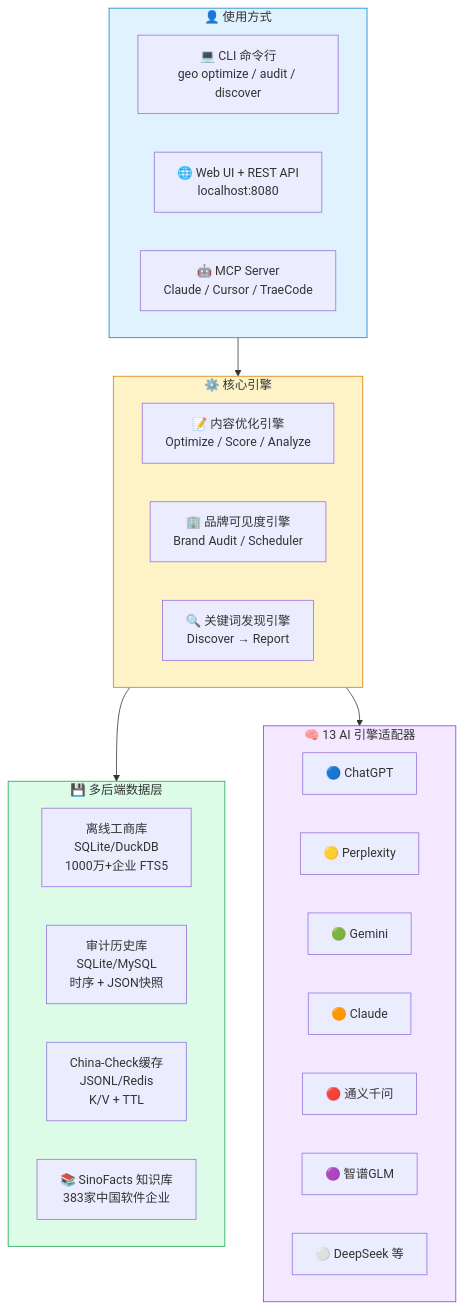
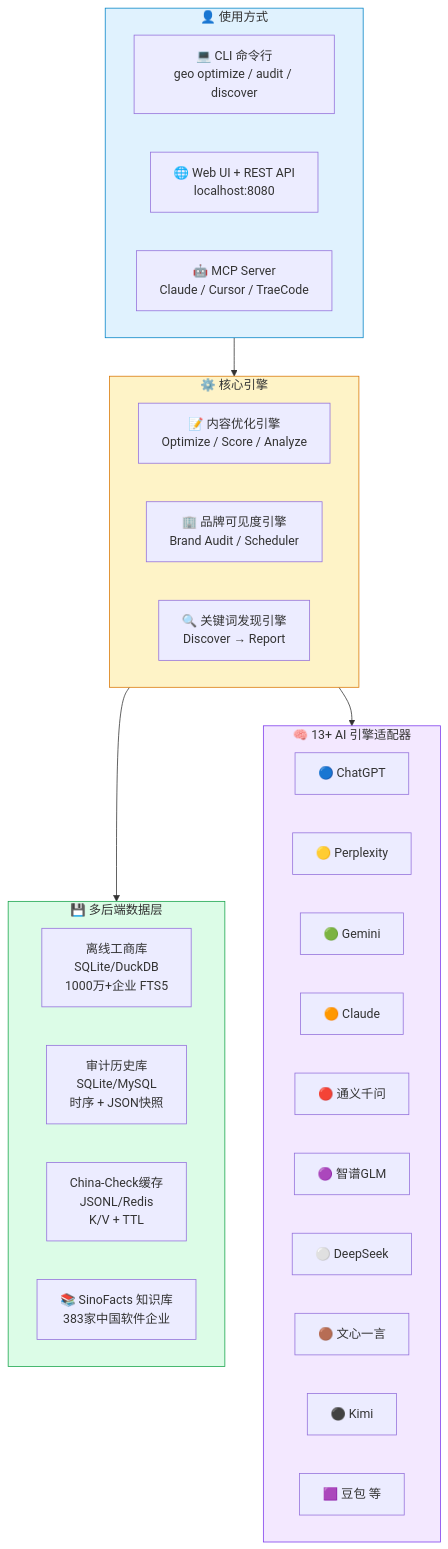
One commit to deep2code/geo changed the second of 14 diagrams in README.md. Above: the diagram before and after it, drawn with Mermaid. The commit also changed other lines of this file and 29 other files, not shown here.

````diff
--- a/README.md
+++ b/README.md
@@ -40,40 +40,43 @@
 ```mermaid
 graph TB
     subgraph 用户层["👤 使用方式"]
         CLI["💻 CLI 命令行<br/>geo optimize / audit / discover"]
         Web["🌐 Web UI + REST API<br/>localhost:8080"]
         MCP["🤖 MCP Server<br/>Claude / Cursor / TraeCode"]
     end
 
     subgraph 引擎层["⚙️ 核心引擎"]
         CO["📝 内容优化引擎<br/>Optimize / Score / Analyze"]
         BA["🏢 品牌可见度引擎<br/>Brand Audit / Scheduler"]
         DIS["🔍 关键词发现引擎<br/>Discover → Report"]
     end
 
     subgraph 数据层["💾 多后端数据层"]
         DB1["离线工商库<br/>SQLite/DuckDB<br/>1000万+企业 FTS5"]
         DB2["审计历史库<br/>SQLite/MySQL<br/>时序 + JSON快照"]
         DB3["China-Check缓存<br/>JSONL/Redis<br/>K/V + TTL"]
         KB["📚 SinoFacts 知识库<br/>383家中国软件企业"]
     end
 
-    subgraph AI层["🧠 13 AI 引擎适配器"]
+    subgraph AI层["🧠 13+ AI 引擎适配器"]
         E1["🔵 ChatGPT"]
         E2["🟡 Perplexity"]
         E3["🟢 Gemini"]
         E4["🟠 Claude"]
         E5["🔴 通义千问"]
         E6["🟣 智谱GLM"]
-        E7["⚪ DeepSeek 等"]
+        E7["⚪ DeepSeek"]
+        E8["🟤 文心一言"]
+        E9["⚫ Kimi"]
+        E10["🟪 豆包 等"]
     end
 
     用户层 --> 引擎层
     引擎层 --> 数据层
     引擎层 --> AI层
 
     style 用户层 fill:#e0f2fe,stroke:#0284c7
     style 引擎层 fill:#fef3c7,stroke:#d97706
     style 数据层 fill:#dcfce7,stroke:#16a34a
     style AI层 fill:#f3e8ff,stroke:#7c3aed
 ```
````
